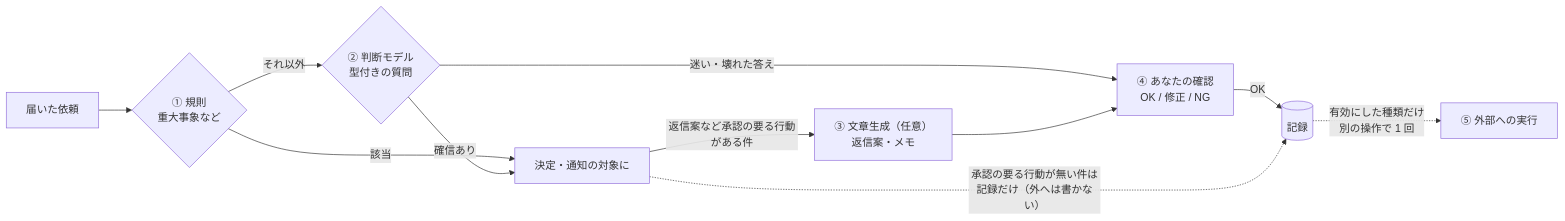
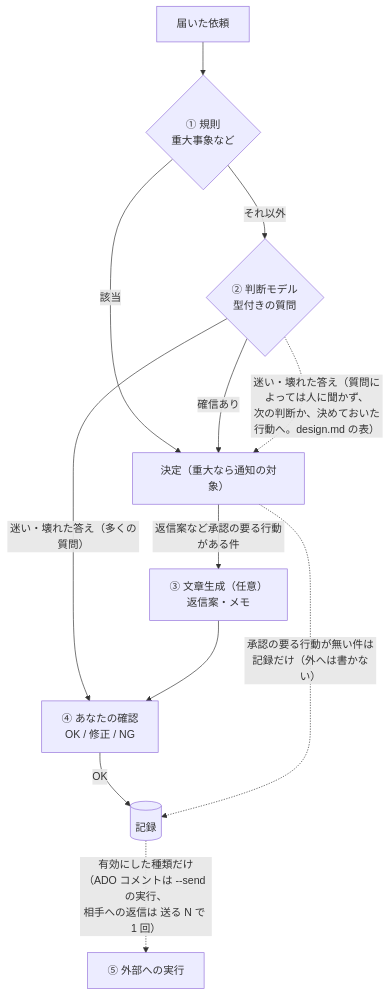
Before and after one commit to awano27/pm-decision: the diagram in README.md, drawn with Mermaid. The commit also changed other lines of this file and 34 other files, not shown here.

````diff
--- a/README.md
+++ b/README.md
@@ -133,13 +138,14 @@
 ```mermaid
-flowchart LR
+flowchart TD
     E["届いた依頼"] --> R{"① 規則<br/>重大事象など"}
-    R -- 該当 --> D["決定・通知の対象に"]
+    R -- 該当 --> D["決定（重大なら通知の対象）"]
     R -- それ以外 --> J{"② 判断モデル<br/>型付きの質問"}
     J -- 確信あり --> D
-    J -- 迷い・壊れた答え --> H
+    J -- "迷い・壊れた答え（多くの質問）" --> H
+    J -. "迷い・壊れた答え（質問によっては人に聞かず、<br/>次の判断か、決めておいた行動へ。design.md の表）" .-> D
     D -- "返信案など承認の要る行動がある件" --> W["③ 文章生成（任意）<br/>返信案・メモ"]
     W --> H["④ あなたの確認<br/>OK / 修正 / NG"]
     H -- OK --> L[("記録")]
     D -. "承認の要る行動が無い件は<br/>記録だけ（外へは書かない）" .-> L
-    L -. "有効にした種類だけ<br/>別の操作で 1 回" .-> X["⑤ 外部への実行"]
+    L -. "有効にした種類だけ<br/>（ADO コメントは --send の実行、<br/>相手への返信は 送る N で 1 回）" .-> X["⑤ 外部への実行"]
 ```
````
